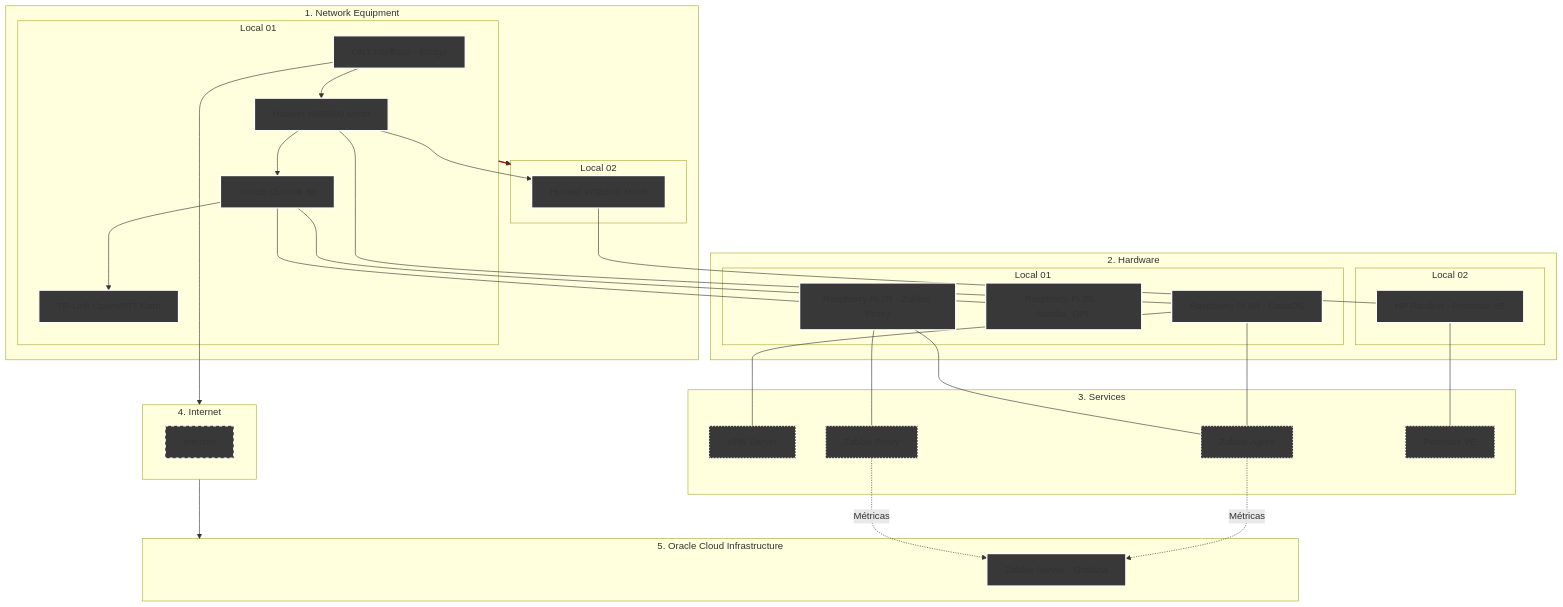
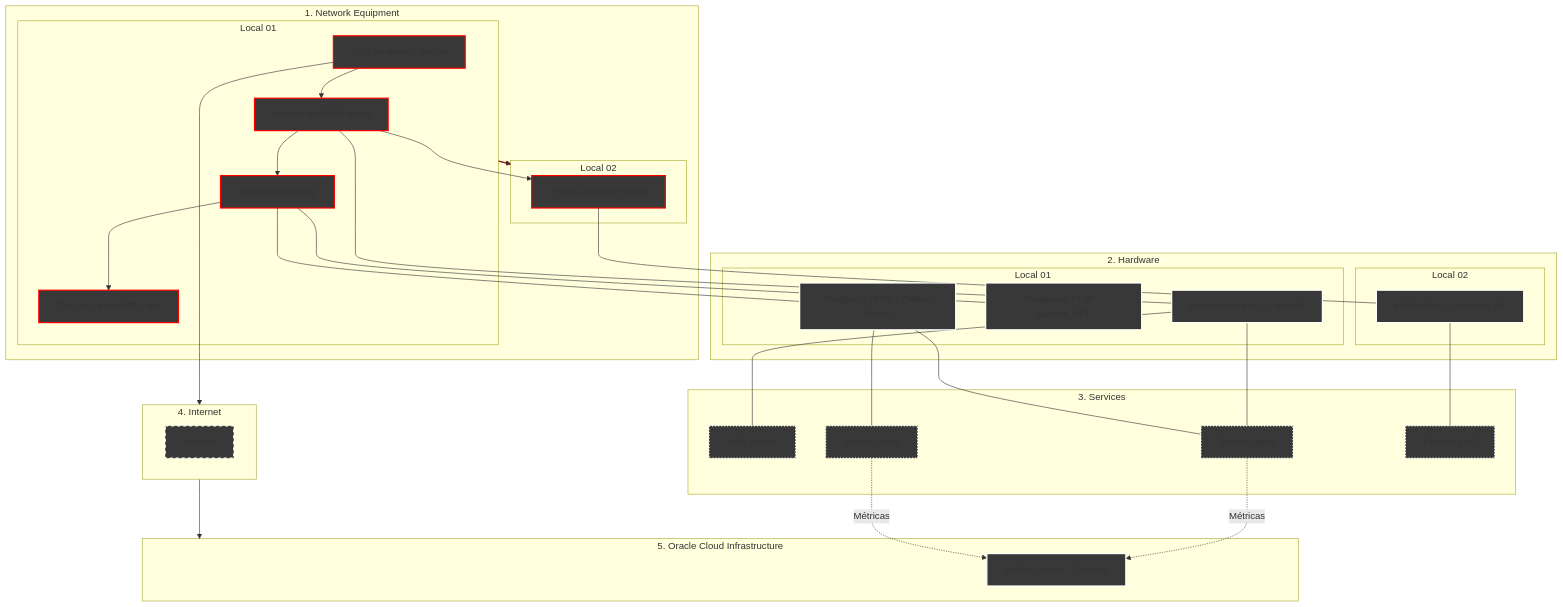
Before and after one commit to kevindexter22/Dr-Hardware-Autonet: the diagram in Infraestructure/README.md, drawn with Mermaid.

````diff
--- a/Infraestructure/README.md
+++ b/Infraestructure/README.md
@@ -13,67 +13,67 @@
 ```mermaid
 graph TD
     %% Styles
-    classDef network fill:#383838,stroke:#FFFFFF,stroke-width:2px;
+    classDef network fill:#383838,stroke:red,stroke-width:2px;
     classDef hardware fill:#383838,stroke:#FFFFFF,stroke-width:2px;
     classDef internet fill:#383838,stroke:#FFFFFF,stroke-width:2px,stroke-dasharray: 5 5;
     classDef services fill:#383838,stroke:#FFFFFF,stroke-width:2px, stroke-dasharray: 2 3;
     classDef oci fill:#383838,stroke:#FFFFFF,stroke-width:2px;
 
     S1 --> S2
     
     %% Colorir a primeira linha (S1-->S2) de vermelho
     linkStyle 0 stroke:red,stroke-width:2px;
 
     %% 1. NETWORK EQUIPMENT
     subgraph Principal["1. Network Equipment"]
     subgraph S1 [Local 01]
         ONT[ONT Intelbras - Bridge]:::network --> R_Mesh1[Huawei WS5800 Mesh]:::network
         R_Mesh1 --> SW1[Switch Overtek 8p]:::network
         SW1 --> R_Cams[TP-Link OpenWRT Cam]:::network    
     end
     subgraph S2 [Local 02]
         R_Mesh1 --> R_Mesh2[Huawei WS5800 Mesh]:::network
     end
     S1 --> S2
     end
     
     %% 2. HARDWARE
     subgraph Principal02["2. Hardware"]
     subgraph S3 [Local 01]
         R_Mesh1 --- RPi4B[Raspberry Pi 4B - CasaOS]:::hardware
         SW1 --- RPi3B_1[Raspberry Pi 3B - Samba_OPL]:::hardware
         SW1 --- RPi3B_2[Raspberry Pi 3B - Zabbix Proxy]:::hardware
     end
     subgraph S4 [Local 02]
         R_Mesh2 --- HP[HP Pavilion - Proxmox VE]:::hardware
     end
     end
 
     %% 3. SERVICES     
     subgraph S5 [3. Services];
         RPi4B --- VPN[VPN Server]:::services
         RPi4B --- ZA[Zabbix Agent]:::services
         RPi3B_2 --- ZA[Zabbix Agent]:::services
         RPi3B_2 --- ZP[Zabbix Proxy]:::services
         HP --- PVE[Proxmox VE]:::services        
     end
 
     %% 4. Internet (The Bridge)
     subgraph S6 [4. Internet]
            internet[Internet]:::internet
     end
 
     %% 5. Oracle Cloud Infrastructure
     subgraph S7 [5. Oracle Cloud Infrastructure]
         ZS[Zabbix Server - Grafana]:::oci
     end
 
     %% Conections of data flow
     ONT --> S6
     S6 --> S7
     
     %% Logical conections
     ZA -.-> |Métricas| ZS
     ZP -.-> |Métricas| ZS 
 
 ```
````
